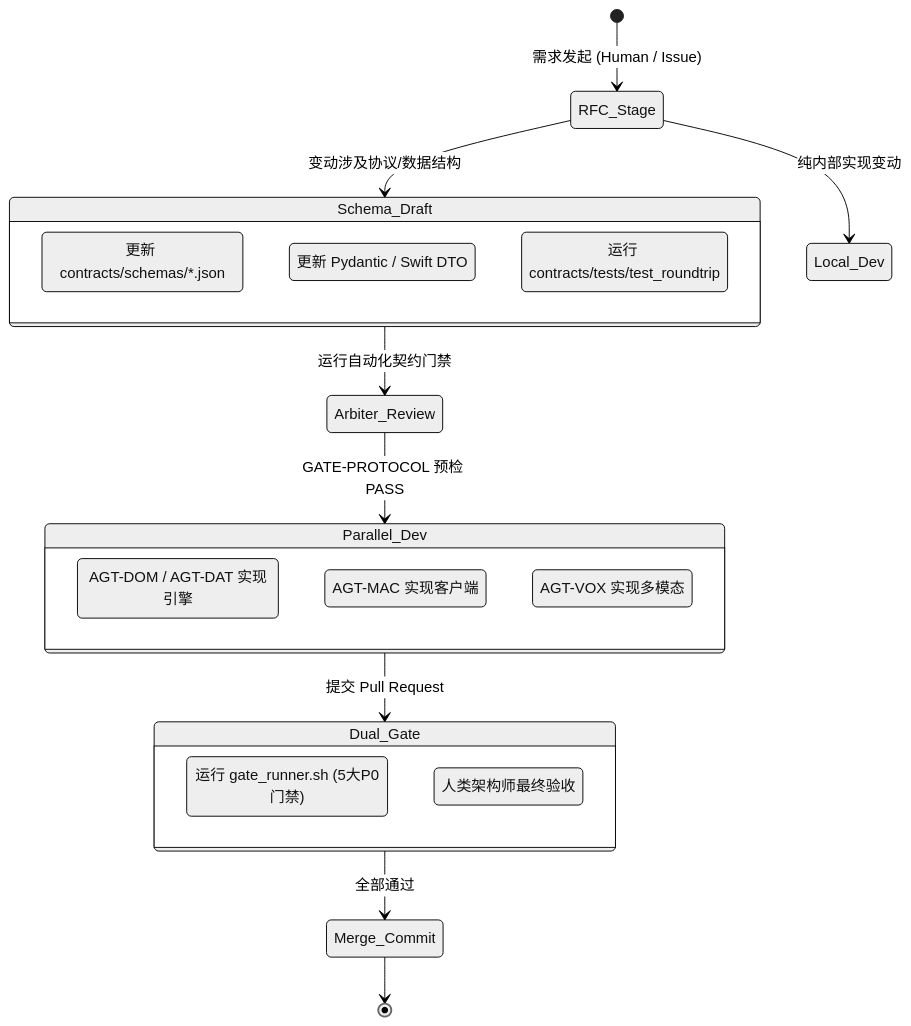
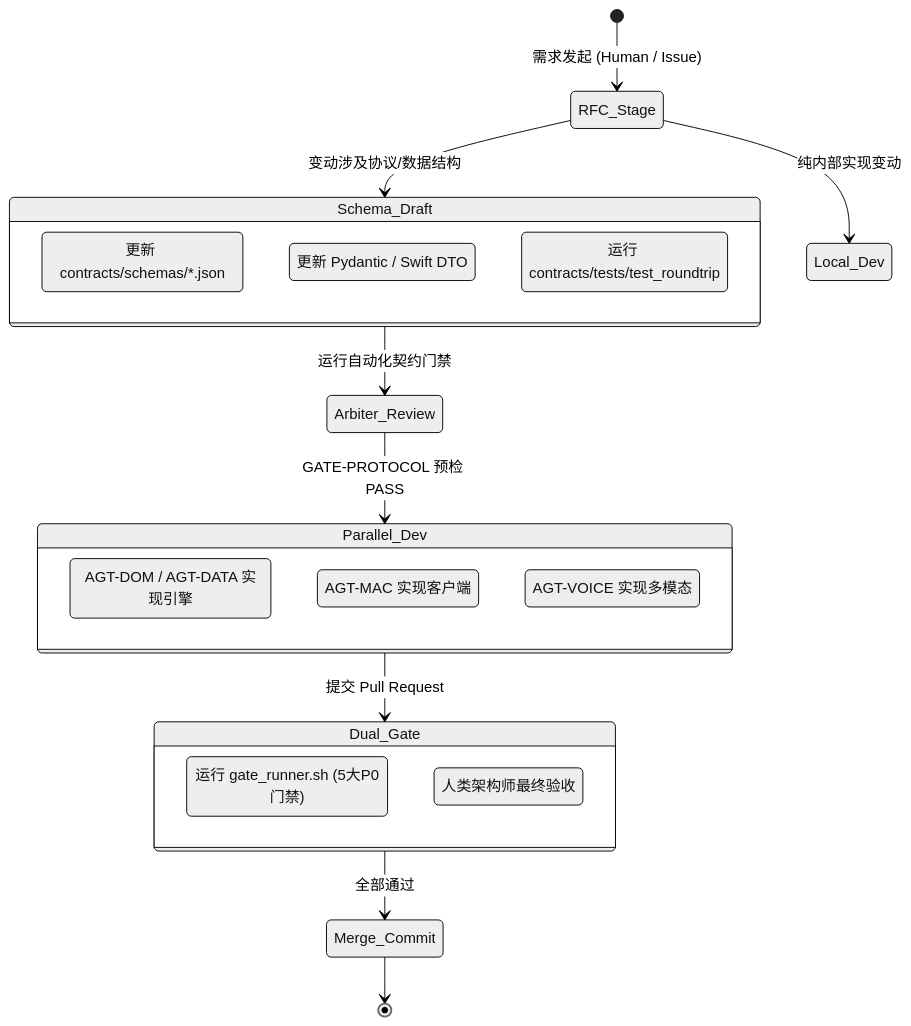
The diagram in docs/03_工程规范/人机协同研发工作框架_v1.0.md (hrygo/WorldofMysteries), drawn with Mermaid (neutral theme) before and after one commit. The commit also changed other lines of this file and 24 other files, not shown here.

````diff
--- a/docs/03_工程规范/人机协同研发工作框架_v1.0.md
+++ b/docs/03_工程规范/人机协同研发工作框架_v1.0.md
@@ -87,31 +87,31 @@
 ```mermaid
 stateDiagram-v2
     [*] --> RFC_Stage: 需求发起 (Human / Issue)
     RFC_Stage --> Schema_Draft: 变动涉及协议/数据结构
     RFC_Stage --> Local_Dev: 纯内部实现变动
     
     state Schema_Draft {
         Draft_Schema: 更新 contracts/schemas/*.json
         Gen_Models: 更新 Pydantic / Swift DTO
         Roundtrip_Test: 运行 contracts/tests/test_roundtrip
     }
     
     Schema_Draft --> Arbiter_Review: 运行自动化契约门禁
     Arbiter_Review --> Parallel_Dev: GATE-PROTOCOL 预检 PASS
     
     state Parallel_Dev {
-        Domain_Task: AGT-DOM / AGT-DAT 实现引擎
+        Domain_Task: AGT-DOM / AGT-DATA 实现引擎
         Client_Task: AGT-MAC 实现客户端
-        Voice_Task: AGT-VOX 实现多模态
+        Voice_Task: AGT-VOICE 实现多模态
     }
     
     Parallel_Dev --> Dual_Gate: 提交 Pull Request
     
     state Dual_Gate {
         L1_Automated: 运行 gate_runner.sh (5大P0门禁)
         L2_Human_Approval: 人类架构师最终验收
     }
     
     Dual_Gate --> Merge_Commit: 全部通过
     Merge_Commit --> [*]
 ```
````
